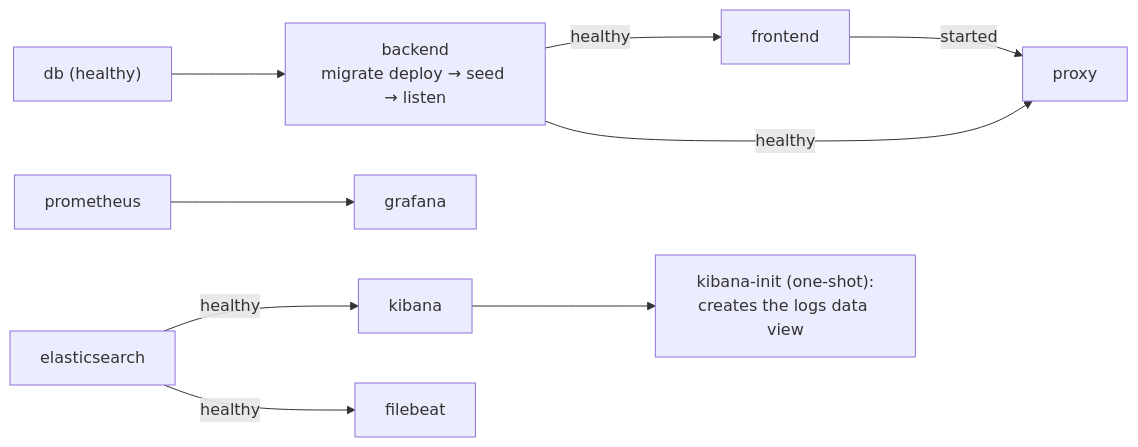
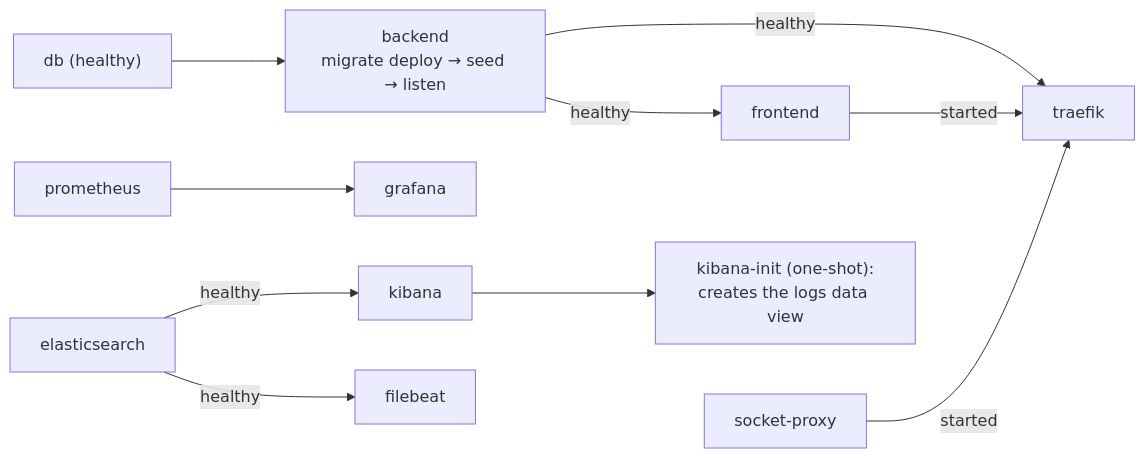
One commit to dmytronedilko/meeting-room-booking changed the second of 5 diagrams in docs/Architecture.md. Above: the diagram before and after it, drawn with Mermaid. The commit also changed other lines of this file and 21 other files, not shown here.

First line of the commit message:
feat(infra): replace Nginx reverse proxy with Traefik

````diff
--- a/docs/Architecture.md
+++ b/docs/Architecture.md
@@ -66,11 +69,12 @@
 ```mermaid
 flowchart LR
     db["db (healthy)"] --> backend["backend<br/>migrate deploy → seed → listen"]
     backend -- "healthy" --> frontend
-    backend -- "healthy" --> proxy
-    frontend -- "started" --> proxy
+    backend -- "healthy" --> traefik
+    frontend -- "started" --> traefik
+    socketProxy["socket-proxy"] -- "started" --> traefik
     prometheus --> grafana
     elasticsearch -- "healthy" --> kibana
     elasticsearch -- "healthy" --> filebeat
     kibana --> kibanaInit["kibana-init (one-shot):<br/>creates the logs data view"]
 ```
````
